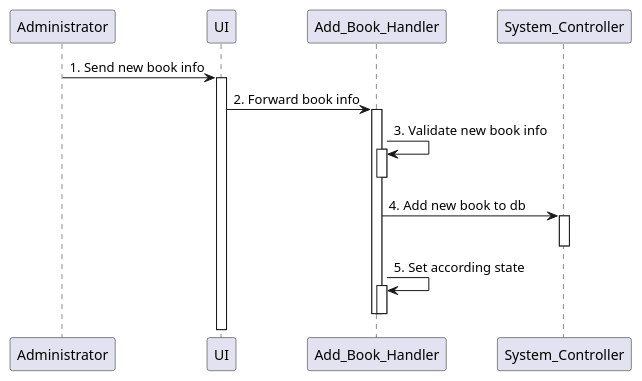
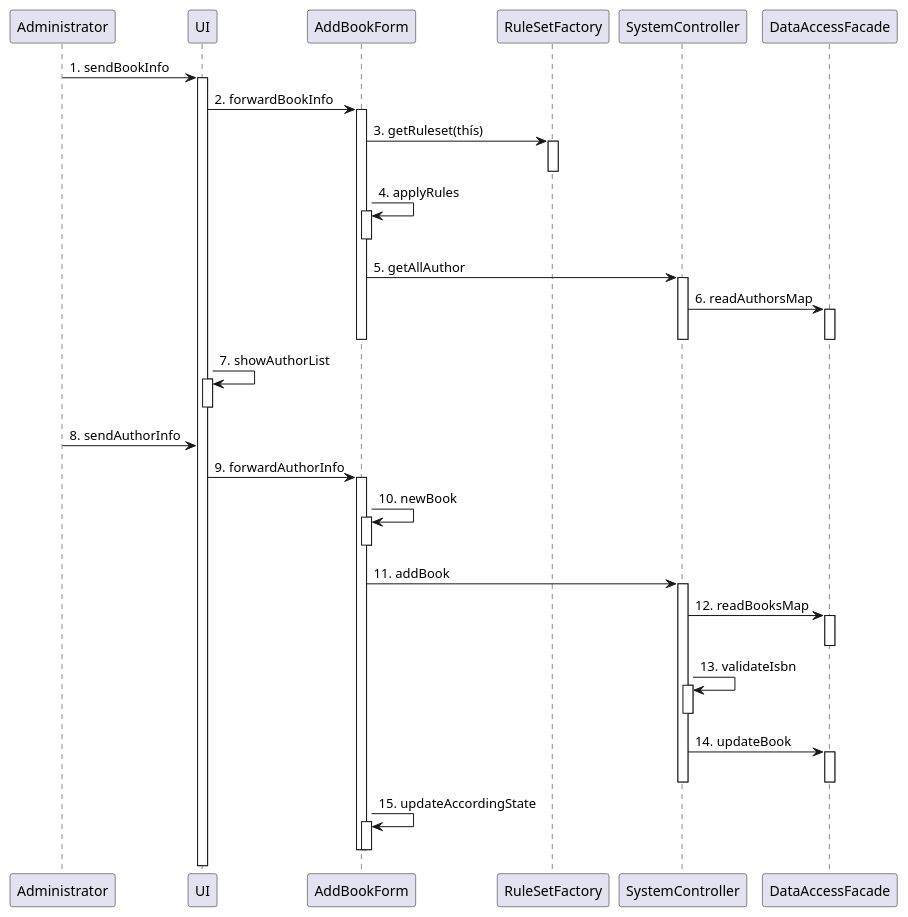
One commit to vohoangxuan/LibraryProject changed the diagram in doc/UC5_seq.puml. Above: the diagram before and after it, drawn with PlantUML. The commit also changed 11 other files, not shown here.

```diff
--- a/doc/UC5_seq.puml
+++ b/doc/UC5_seq.puml
@@ -1,18 +1,46 @@
 @startuml
 participant Administrator
 
-Administrator -> UI: 1. Send new book info
+Administrator -> UI: 1. sendBookInfo
 activate UI
-UI -> Add_Book_Handler: 2. Forward book info
-activate Add_Book_Handler
-Add_Book_Handler -> Add_Book_Handler: 3. Validate new book info
-activate Add_Book_Handler
-deactivate Add_Book_Handler
-Add_Book_Handler -> System_Controller: 4. Add new book to db
-activate System_Controller
-deactivate System_Controller
-Add_Book_Handler -> Add_Book_Handler: 5. Set according state
-activate Add_Book_Handler
-deactivate Add_Book_Handler
-deactivate Add_Book_Handler
+UI -> AddBookForm: 2. forwardBookInfo
+activate AddBookForm
+AddBookForm -> RuleSetFactory: 3. getRuleset(thís)
+activate RuleSetFactory
+deactivate RuleSetFactory
+AddBookForm -> AddBookForm: 4. applyRules
+activate AddBookForm
+deactivate AddBookForm
+AddBookForm -> SystemController: 5. getAllAuthor
+activate SystemController
+SystemController -> DataAccessFacade: 6. readAuthorsMap
+activate DataAccessFacade
+deactivate DataAccessFacade
+deactivate SystemController
+deactivate AddBookForm
+UI -> UI: 7. showAuthorList
+activate UI
+deactivate UI
+Administrator -> UI: 8. sendAuthorInfo
+UI -> AddBookForm: 9. forwardAuthorInfo
+activate AddBookForm
+AddBookForm -> AddBookForm: 10. newBook
+activate AddBookForm
+deactivate AddBookForm
+AddBookForm -> SystemController: 11. addBook
+activate SystemController
+SystemController -> DataAccessFacade: 12. readBooksMap
+activate DataAccessFacade
+deactivate DataAccessFacade
+SystemController -> SystemController: 13. validateIsbn
+activate SystemController
+deactivate SystemController
+SystemController -> DataAccessFacade: 14. updateBook
+activate DataAccessFacade
+deactivate DataAccessFacade
+deactivate SystemController
+AddBookForm -> AddBookForm: 15. updateAccordingState
+activate AddBookForm
+deactivate AddBookForm
+deactivate AddBookForm
 @enduml
```
